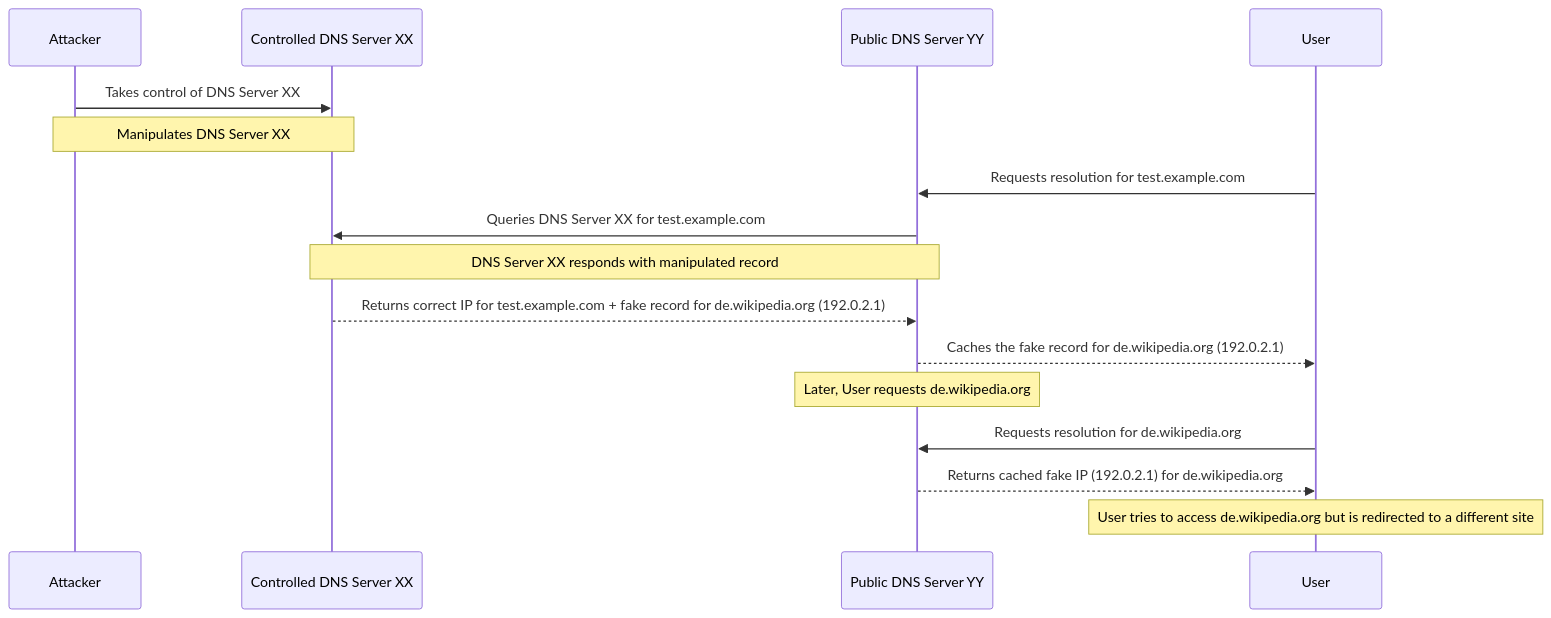
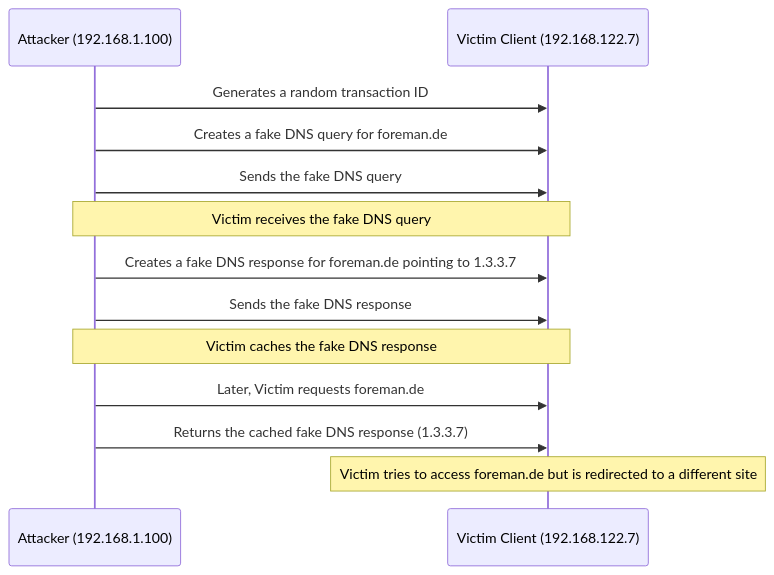
One commit to ji-podhead/Network-Guides changed the second of 2 diagrams in docs/DNS/readme.md. Above: the diagram before and after it, drawn with Mermaid. The commit also changed other lines of this file, not shown here.

````diff
--- a/docs/DNS/readme.md
+++ b/docs/DNS/readme.md
@@ -522,24 +590,16 @@
 ```mermaid
 sequenceDiagram
-    participant Attacker as Attacker
-    participant NSXX as Controlled DNS Server XX
-    participant PublicNSYY as Public DNS Server YY
-    participant User as User
+    participant Attacker as Attacker (192.168.1.100)
+    participant Victim as Victim Client (192.168.122.7)
+    Attacker->>Victim: Generates a random transaction ID
+    Attacker->>Victim: Creates a fake DNS query for foreman.de
+    Attacker->>Victim: Sends the fake DNS query
+    Note over Attacker,Victim: Victim receives the fake DNS query
+    Attacker->>Victim: Creates a fake DNS response for foreman.de pointing to 1.3.3.7
+    Attacker->>Victim: Sends the fake DNS response
+    Note over Attacker,Victim: Victim caches the fake DNS response
+    Attacker->>Victim: Later, Victim requests foreman.de
+    Attacker->>Victim: Returns the cached fake DNS response (1.3.3.7)
+    Note over Victim: Victim tries to access foreman.de but is redirected to a different site
 
-    Attacker->>NSXX: Takes control of DNS Server XX
-    Note over Attacker,NSXX: Manipulates DNS Server XX
-
-    User->>PublicNSYY: Requests resolution for test.example.com
-    PublicNSYY->>NSXX: Queries DNS Server XX for test.example.com
-    Note over PublicNSYY,NSXX: DNS Server XX responds with manipulated record
-
-    NSXX-->>PublicNSYY: Returns correct IP for test.example.com + fake record for de.wikipedia.org (192.0.2.1)
-    PublicNSYY-->>User: Caches the fake record for de.wikipedia.org (192.0.2.1)
-
-    Note over PublicNSYY: Later, User requests de.wikipedia.org
-
-    User->>PublicNSYY: Requests resolution for de.wikipedia.org
-    PublicNSYY-->>User: Returns cached fake IP (192.0.2.1) for de.wikipedia.org
-
-    Note over User: User tries to access de.wikipedia.org but is redirected to a different site
 ```
````
